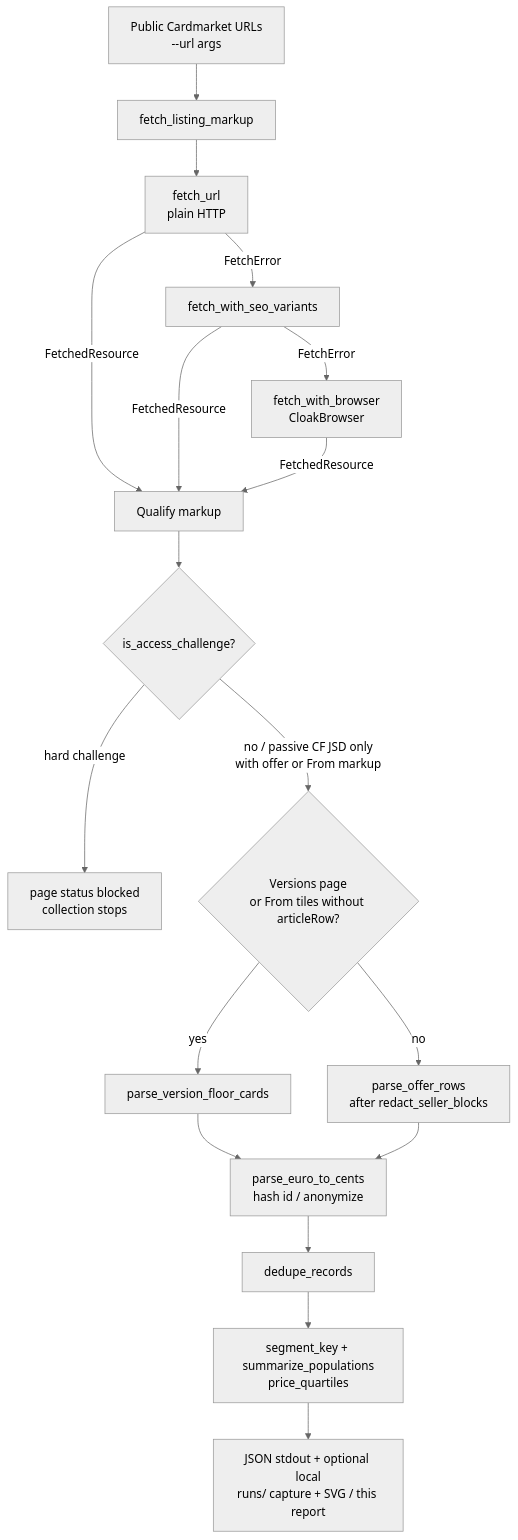
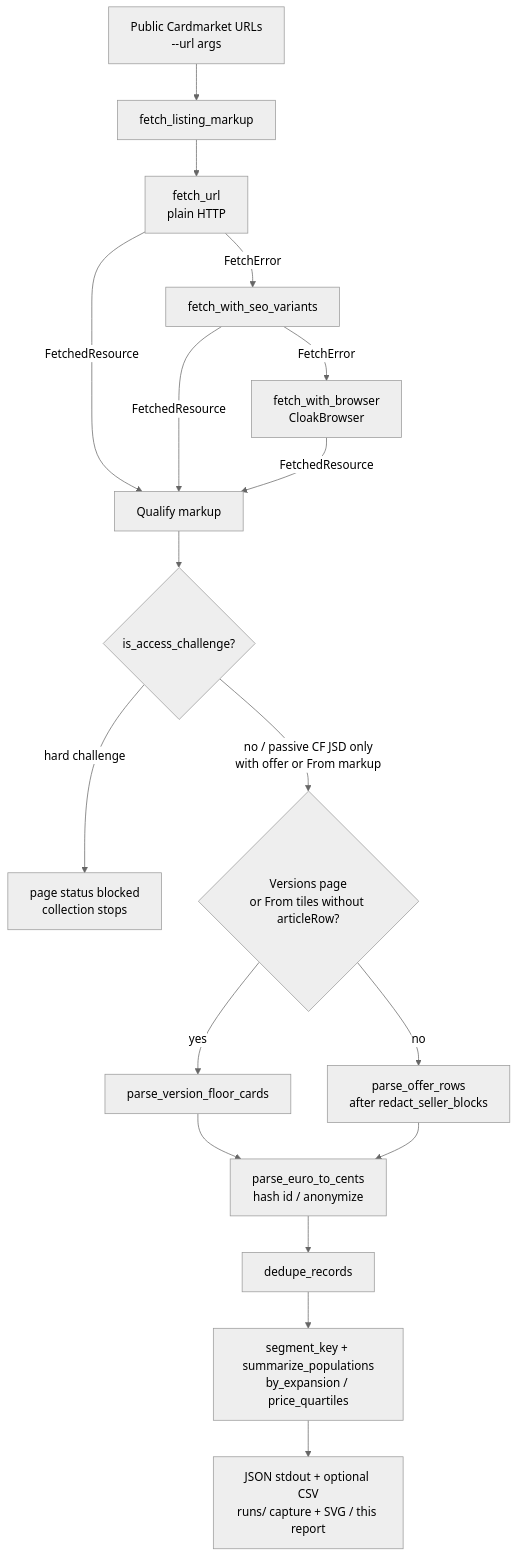
Before and after one commit to iamsupersocks/supersocks-url-scraper: the diagram in docs/CARDMARKET_BLUE_EYES_ANALYSIS_REPORT.md, drawn with Mermaid (neutral theme). The commit also changed other lines of this file and 6 other files, not shown here.

````diff
--- a/docs/CARDMARKET_BLUE_EYES_ANALYSIS_REPORT.md
+++ b/docs/CARDMARKET_BLUE_EYES_ANALYSIS_REPORT.md
@@ -113,20 +331,20 @@
 ```mermaid
 flowchart TD
   A[Public Cardmarket URLs<br/>--url args] --> B[fetch_listing_markup]
   B --> C[fetch_url<br/>plain HTTP]
   C -->|FetchError| D[fetch_with_seo_variants]
   D -->|FetchError| E[fetch_with_browser<br/>CloakBrowser]
   C -->|FetchedResource| F[Qualify markup]
   D -->|FetchedResource| F
   E -->|FetchedResource| F
   F --> G{is_access_challenge?}
   G -->|hard challenge| H[page status blocked<br/>collection stops]
   G -->|no / passive CF JSD only<br/>with offer or From markup| I{Versions page<br/>or From tiles without articleRow?}
   I -->|yes| J[parse_version_floor_cards]
   I -->|no| K[parse_offer_rows<br/>after redact_seller_blocks]
   J --> L[parse_euro_to_cents<br/>hash id / anonymize]
   K --> L
   L --> M[dedupe_records]
-  M --> N[segment_key + summarize_populations<br/>price_quartiles]
-  N --> O[JSON stdout + optional local<br/>runs/ capture + SVG / this report]
+  M --> N[segment_key + summarize_populations<br/>by_expansion / price_quartiles]
+  N --> O[JSON stdout + optional CSV<br/>runs/ capture + SVG / this report]
 ```
````
